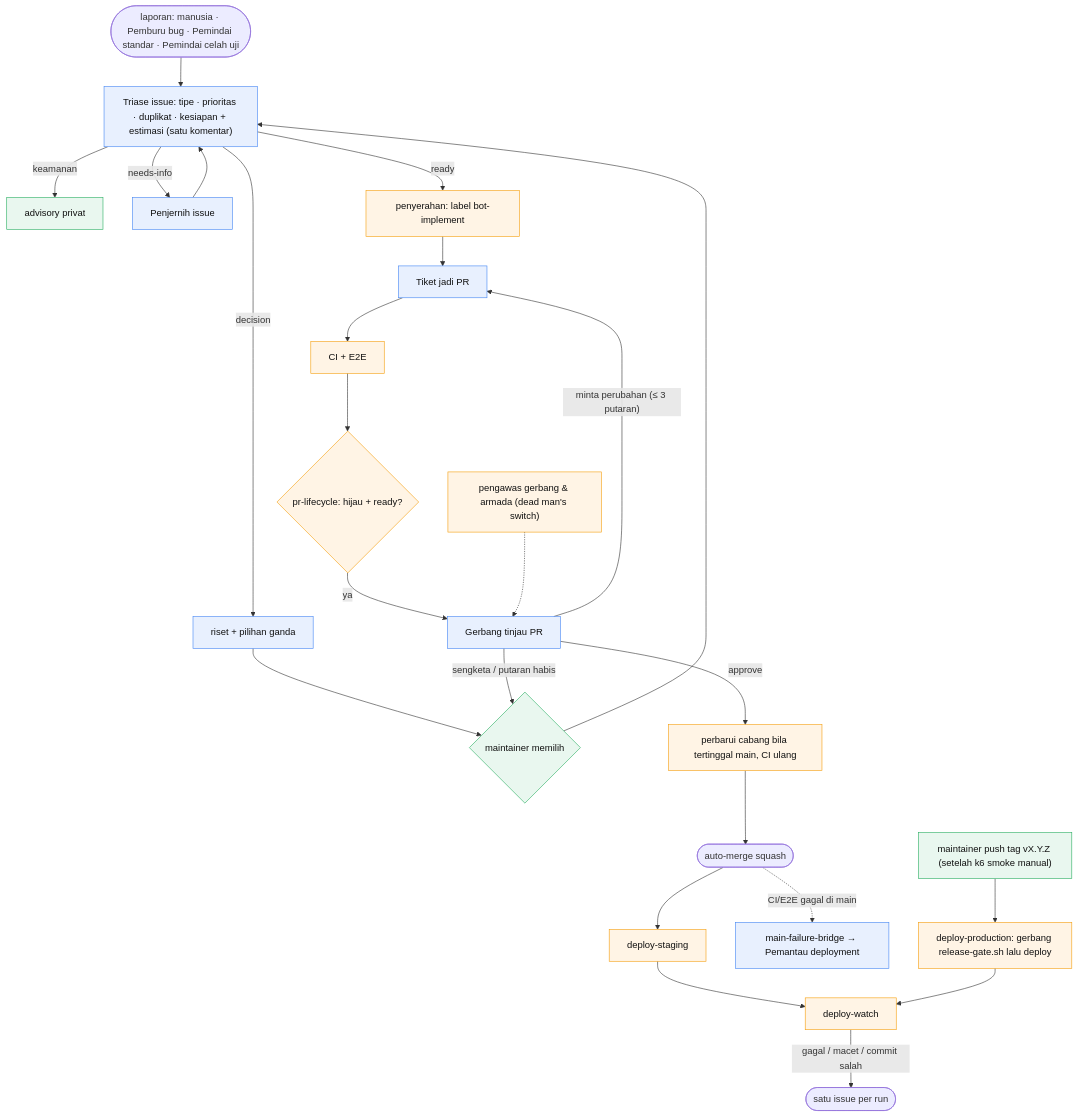
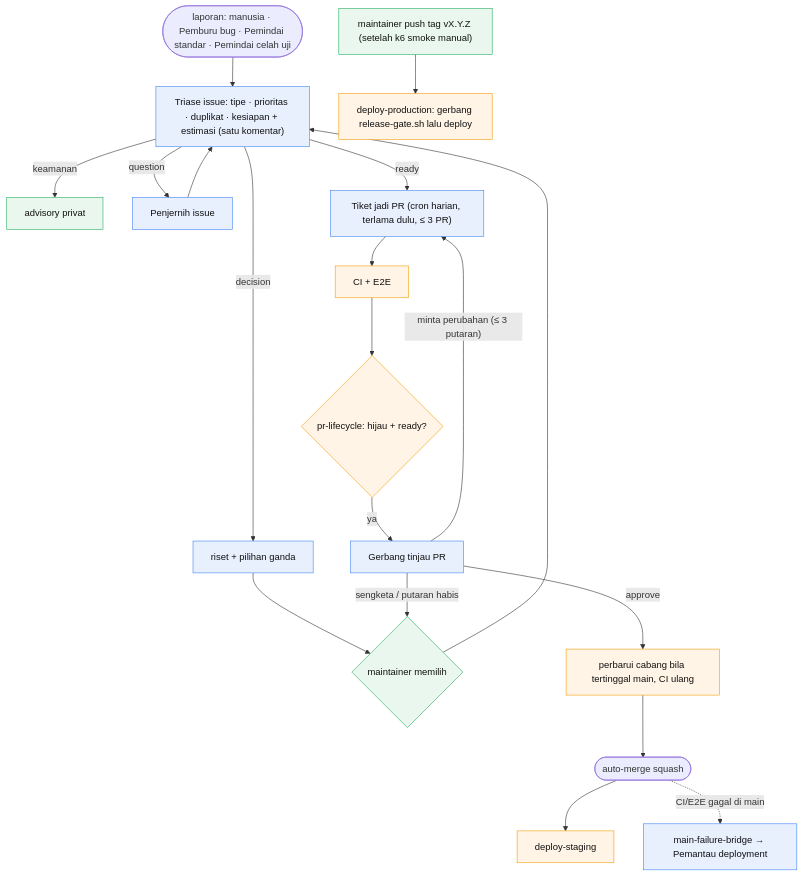
Before and after one commit to cipansor/cipansor: the first of 6 diagrams in docs/SDLC-FLOW.md, drawn with Mermaid. The commit also changed other lines of this file and 37 other files, not shown here.

First line of the commit message:
chore: retire needs-info/pending-maintainer/bot-implement, add per-type issue forms

````diff
--- a/docs/SDLC-FLOW.md
+++ b/docs/SDLC-FLOW.md
@@ -190,22 +193,20 @@
 ```mermaid
 flowchart TD
   classDef cloud fill:#e8f0fe,stroke:#4285f4,color:#111;
   classDef gh fill:#fff4e5,stroke:#f59e0b,color:#111;
   classDef human fill:#e9f7ef,stroke:#27ae60,color:#111;
 
   IN(["laporan: manusia · Pemburu bug · Pemindai standar · Pemindai celah uji"]) --> TR["Triase issue: tipe · prioritas · duplikat · kesiapan + estimasi (satu komentar)"]:::cloud
   TR -- keamanan --> ADV["advisory privat"]:::human
-  TR -- needs-info --> CL["Penjernih issue"]:::cloud --> TR
+  TR -- question --> CL["Penjernih issue"]:::cloud --> TR
   TR -- decision --> DEC["riset + pilihan ganda"]:::cloud --> MD{"maintainer memilih"}:::human --> TR
-  TR -- ready --> HO["penyerahan: label bot-implement"]:::gh --> IMP["Tiket jadi PR"]:::cloud
+  TR -- ready --> IMP["Tiket jadi PR (cron harian, terlama dulu, ≤ 3 PR)"]:::cloud
   IMP --> CI["CI + E2E"]:::gh --> LC{"pr-lifecycle: hijau + ready?"}:::gh
   LC -- ya --> GT["Gerbang tinjau PR"]:::cloud
   GT -- "minta perubahan (≤ 3 putaran)" --> IMP
   GT -- "sengketa / putaran habis" --> MD
   GT -- approve --> UPD["perbarui cabang bila tertinggal main, CI ulang"]:::gh --> MG(["auto-merge squash"])
-  MG --> STG["deploy-staging"]:::gh --> DW["deploy-watch"]:::gh
+  MG --> STG["deploy-staging"]:::gh
   MG -. "CI/E2E gagal di main" .-> BR["main-failure-bridge → Pemantau deployment"]:::cloud
-  REL["maintainer push tag vX.Y.Z (setelah k6 smoke manual)"]:::human --> PRD["deploy-production: gerbang release-gate.sh lalu deploy"]:::gh --> DW
-  DW -- "gagal / macet / commit salah" --> ISS(["satu issue per run"])
-  WD["pengawas gerbang & armada (dead man's switch)"]:::gh -.-> GT
+  REL["maintainer push tag vX.Y.Z (setelah k6 smoke manual)"]:::human --> PRD["deploy-production: gerbang release-gate.sh lalu deploy"]:::gh
 ```
````
